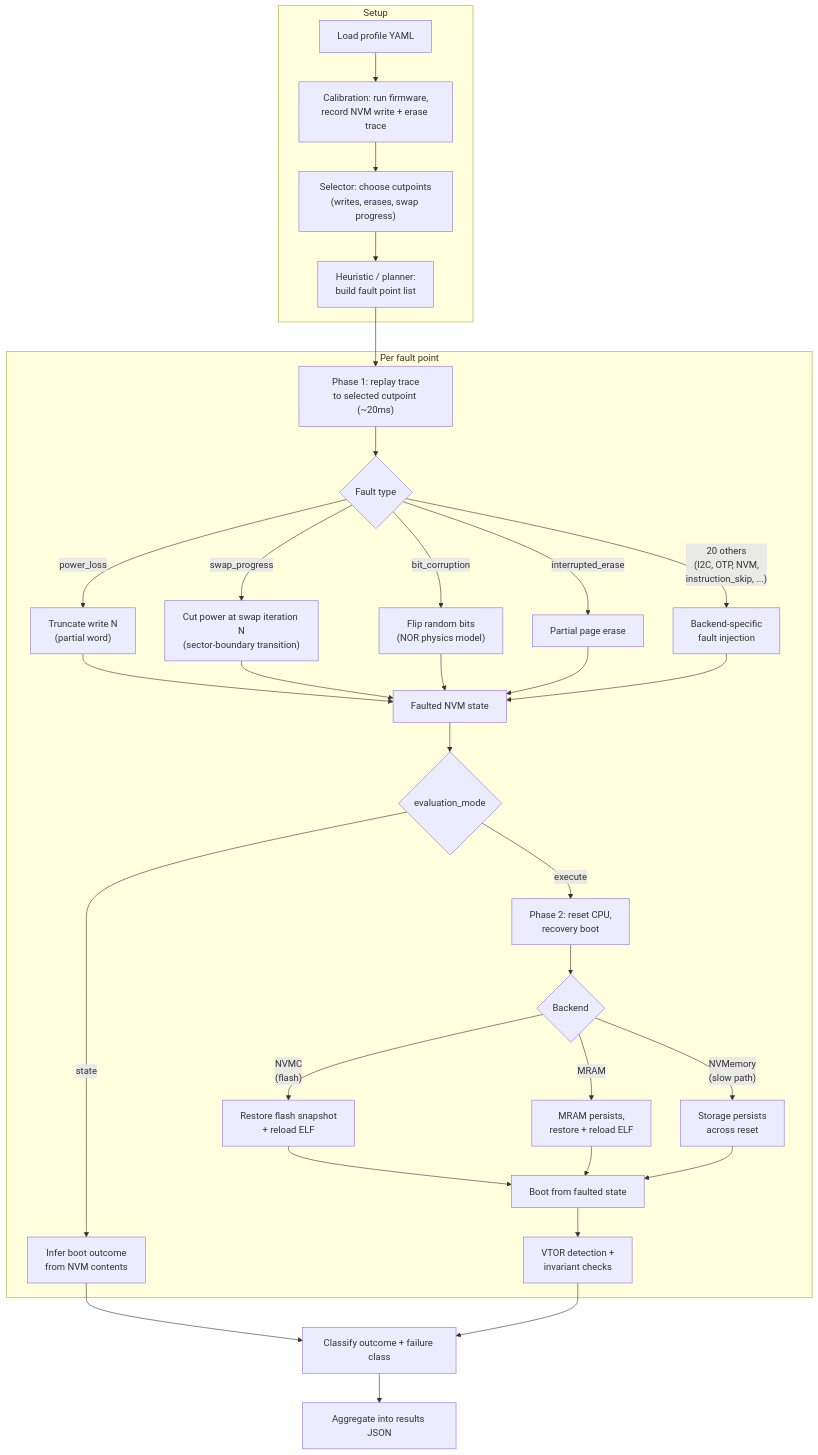
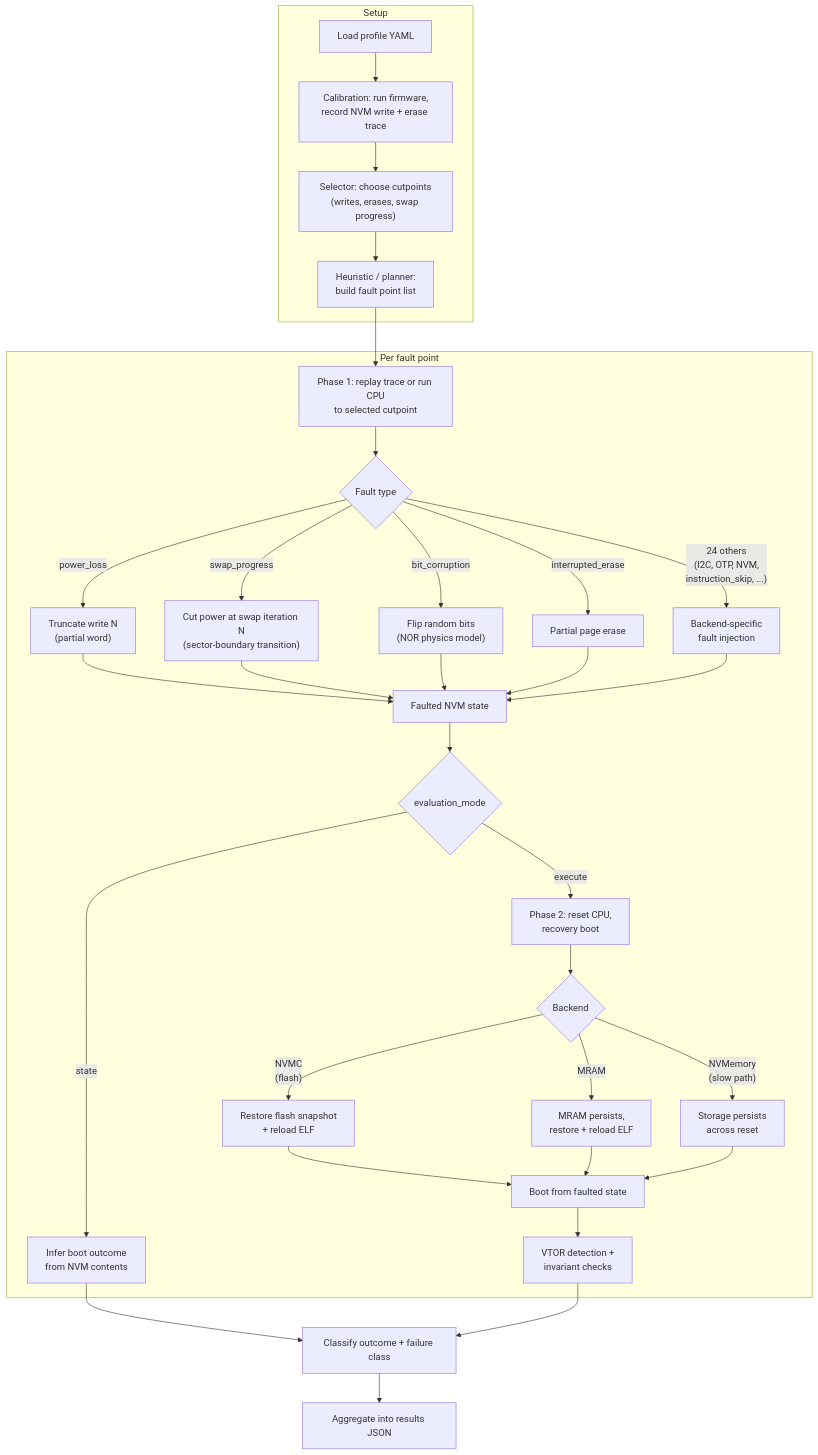
One commit to neilberkman/tardigrade changed the diagram in README.md. Above: the diagram before and after it, drawn with Mermaid. The commit also changed other lines of this file and 104 other files, not shown here.

````diff
--- a/README.md
+++ b/README.md
@@ -136,44 +233,44 @@
 ```mermaid
 flowchart TD
     subgraph setup["Setup"]
         A["Load profile YAML"] --> B["Calibration: run firmware,<br/>record NVM write + erase trace"]
         B --> C["Selector: choose cutpoints<br/>(writes, erases, swap progress)"]
         C --> D["Heuristic / planner:<br/>build fault point list"]
     end
 
     D --> E
 
     subgraph pf["Per fault point"]
-        E["Phase 1: replay trace<br/>to selected cutpoint (~20ms)"] --> F{"Fault type"}
+        E["Phase 1: replay trace or run CPU<br/>to selected cutpoint"] --> F{"Fault type"}
         F -->|power_loss| G["Truncate write N<br/>(partial word)"]
         F -->|swap_progress| G2["Cut power at swap iteration N<br/>(sector-boundary transition)"]
         F -->|bit_corruption| H["Flip random bits<br/>(NOR physics model)"]
         F -->|interrupted_erase| I["Partial page erase"]
-        F -->|"20 others<br/>(I2C, OTP, NVM,<br/>instruction_skip, ...)"| J["Backend-specific<br/>fault injection"]
+        F -->|"24 others<br/>(I2C, OTP, NVM,<br/>instruction_skip, ...)"| J["Backend-specific<br/>fault injection"]
 
         G --> K["Faulted NVM state"]
         G2 --> K
         H --> K
         I --> K
         J --> K
 
         K --> L{"evaluation_mode"}
 
         L -->|state| M["Infer boot outcome<br/>from NVM contents"]
         L -->|execute| N["Phase 2: reset CPU,<br/>recovery boot"]
 
         N --> O{"Backend"}
         O -->|"NVMC<br/>(flash)"| P["Restore flash snapshot<br/>+ reload ELF"]
         O -->|"MRAM"| Q["MRAM persists,<br/>restore + reload ELF"]
         O -->|"NVMemory<br/>(slow path)"| R["Storage persists<br/>across reset"]
 
         P --> S["Boot from faulted state"]
         Q --> S
         R --> S
         S --> T["VTOR detection +<br/>invariant checks"]
     end
 
     M --> U
     T --> U
     U["Classify outcome + failure class"] --> V["Aggregate into results JSON"]
 ```
````
